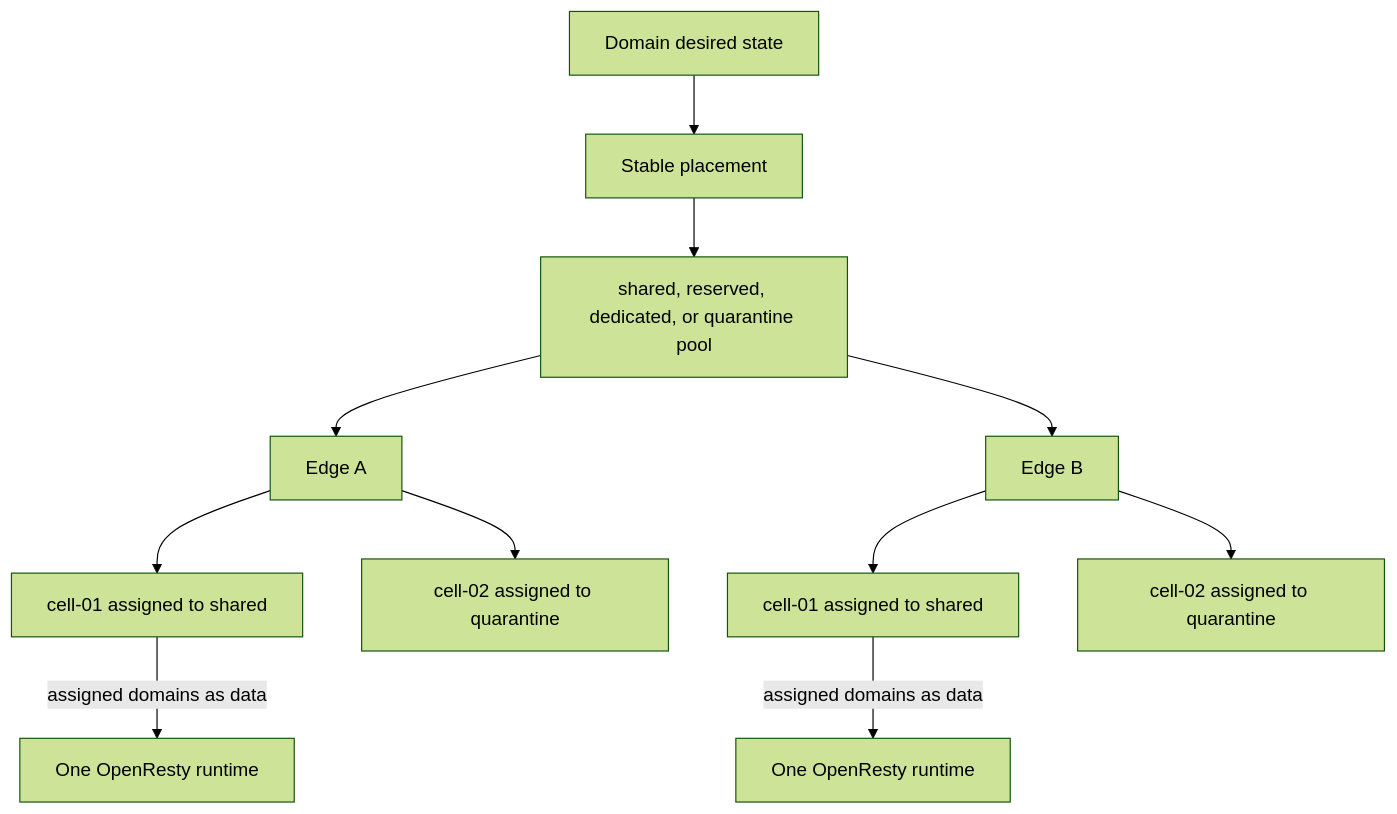
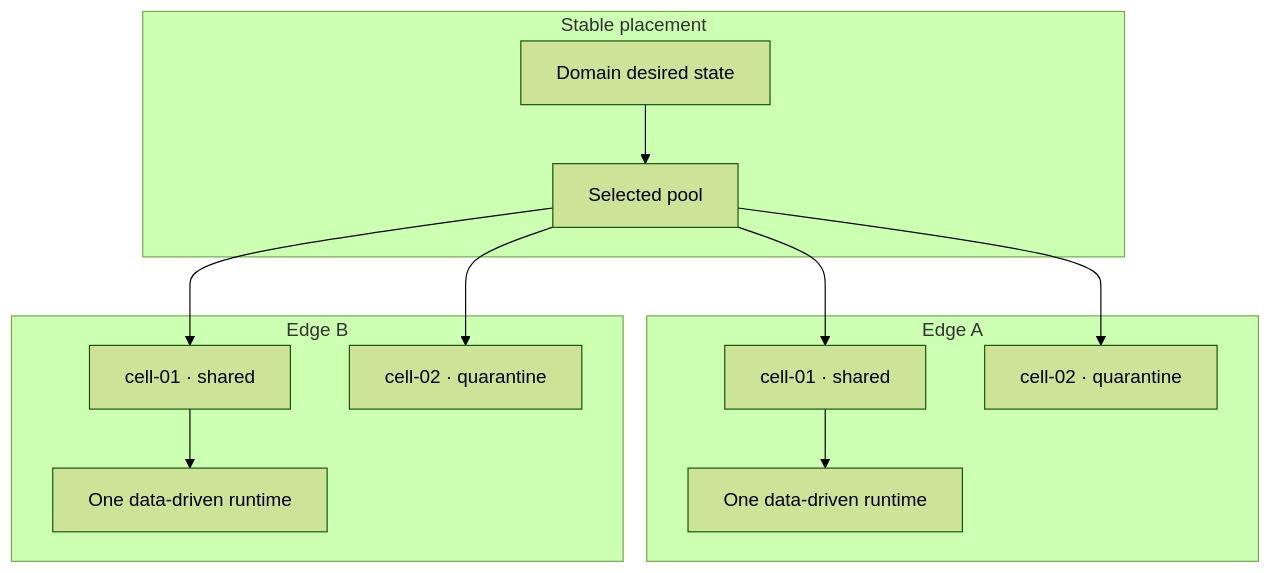
One commit to vaheed/CDNFoundry changed the diagram in docs/concepts/edges-and-cells.md. Above: the diagram before and after it, drawn with Mermaid (forest theme). The commit also changed 24 other files, not shown here.

````diff
--- a/docs/concepts/edges-and-cells.md
+++ b/docs/concepts/edges-and-cells.md
@@ -8,13 +8,16 @@
 ```mermaid
 flowchart TB
-    Domain["Domain desired state"] --> Placement["Stable placement"]
-    Placement --> Pool["shared, reserved, dedicated, or quarantine pool"]
-    Pool --> EdgeA["Edge A"]
-    Pool --> EdgeB["Edge B"]
-    EdgeA --> SharedA["cell-01 assigned to shared"]
-    EdgeA --> QuarantineA["cell-02 assigned to quarantine"]
-    EdgeB --> SharedB["cell-01 assigned to shared"]
-    EdgeB --> QuarantineB["cell-02 assigned to quarantine"]
-    SharedA -->|"assigned domains as data"| RuntimeA["One OpenResty runtime"]
-    SharedB -->|"assigned domains as data"| RuntimeB["One OpenResty runtime"]
+    subgraph Placement["Stable placement"]
+      Domain["Domain desired state"] --> Pool["Selected pool"]
+    end
+    subgraph EdgeA["Edge A"]
+      Pool --> SharedA["cell-01 · shared"]
+      Pool --> QuarantineA["cell-02 · quarantine"]
+      SharedA --> RuntimeA["One data-driven runtime"]
+    end
+    subgraph EdgeB["Edge B"]
+      Pool --> SharedB["cell-01 · shared"]
+      Pool --> QuarantineB["cell-02 · quarantine"]
+      SharedB --> RuntimeB["One data-driven runtime"]
+    end
 ```
````
